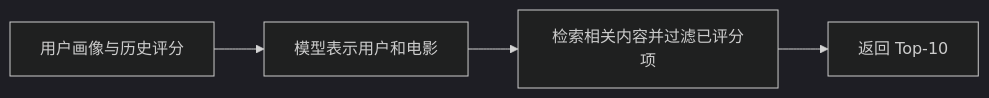
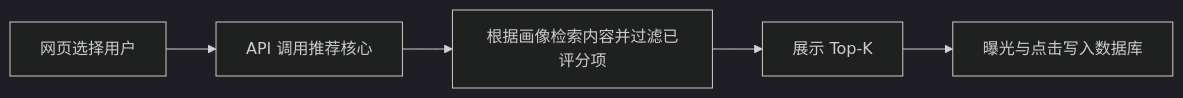
One commit to Victorica123/recsys-learning changed the diagram in 项目导学.md. Above: the diagram before and after it, drawn with Mermaid (dark theme). The commit also changed other lines of this file and 26 other files, not shown here.

Commit message:
feat: complete recommendation feedback flow and deployment verification

````diff
--- a/项目导学.md
+++ b/项目导学.md
@@ -24,6 +25,7 @@
 ```mermaid
 flowchart LR
-    A[用户画像与历史评分] --> B[模型表示用户和电影]
-    B --> C[检索相关内容并过滤已评分项]
-    C --> D[返回 Top-10]
+    A[网页选择用户] --> B[API 调用推荐核心]
+    B --> C[根据画像检索内容并过滤已评分项]
+    C --> D[展示 Top-K]
+    D --> E[曝光与点击写入数据库]
 ```
````
